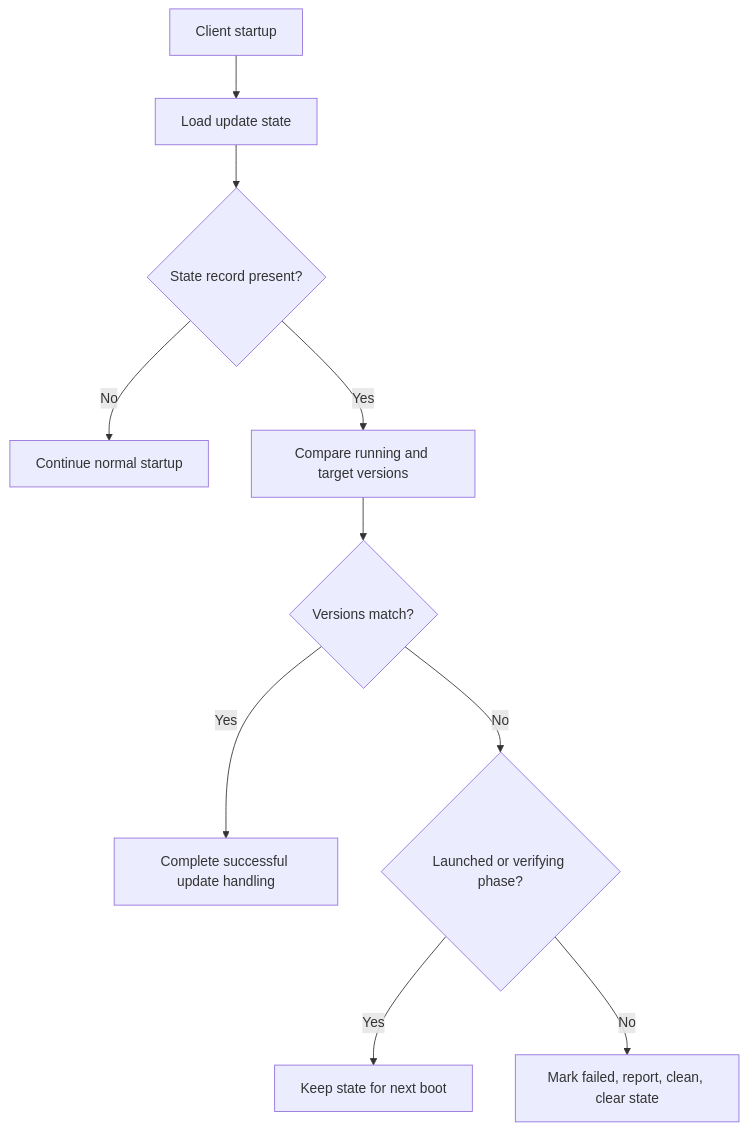
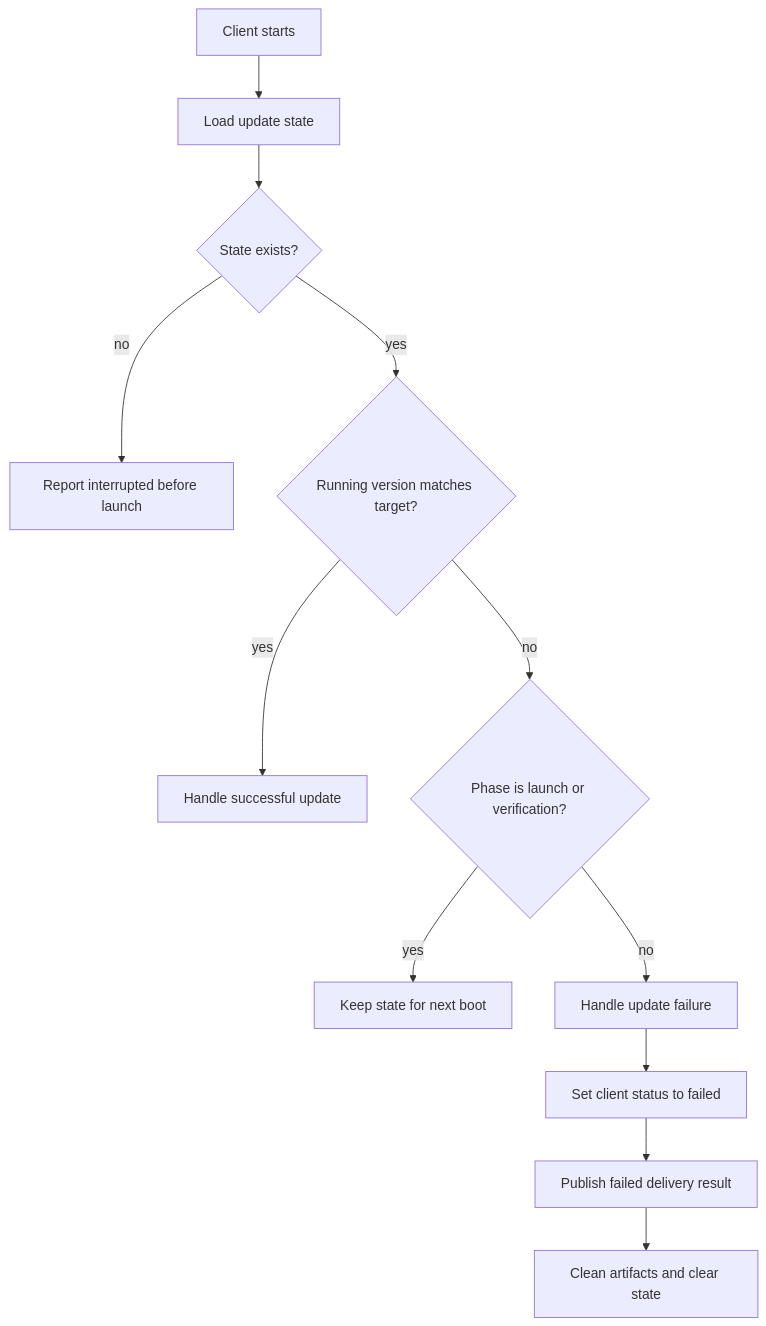
The fourth of 4 diagrams in docs/reference/architecture/openframe-client-core/model-update-state/model-update-state.md (flamingo-stack/openframe-oss-tenant), drawn with Mermaid before and after one commit. The commit also changed other lines of this file and 2377 other files, not shown here.

````diff
--- a/docs/reference/architecture/openframe-client-core/model-update-state/model-update-state.md
+++ b/docs/reference/architecture/openframe-client-core/model-update-state/model-update-state.md
@@ -126,12 +135,14 @@
 ```mermaid
 flowchart TD
-    Begin["Client startup"] --> Load["Load update state"]
-    Load --> Present{"State record present?"}
-    Present -->|"No"| Normal["Continue normal startup"]
-    Present -->|"Yes"| Compare["Compare running and target versions"]
-    Compare --> Match{"Versions match?"}
-    Match -->|"Yes"| Success["Complete successful update handling"]
-    Match -->|"No"| Phase{"Launched or verifying phase?"}
-    Phase -->|"Yes"| Retain["Keep state for next boot"]
-    Phase -->|"No"| Failure["Mark failed, report, clean, clear state"]
+    Start["Client starts"] --> Load["Load update state"]
+    Load --> Exists{"State exists?"}
+    Exists -->|"no"| NoState["Report interrupted before launch"]
+    Exists -->|"yes"| Match{"Running version matches target?"}
+    Match -->|"yes"| Success["Handle successful update"]
+    Match -->|"no"| Phase{"Phase is launch or verification?"}
+    Phase -->|"yes"| Keep["Keep state for next boot"]
+    Phase -->|"no"| Failure["Handle update failure"]
+    Failure --> Status["Set client status to failed"]
+    Status --> Report["Publish failed delivery result"]
+    Report --> Cleanup["Clean artifacts and clear state"]
 ```
````
